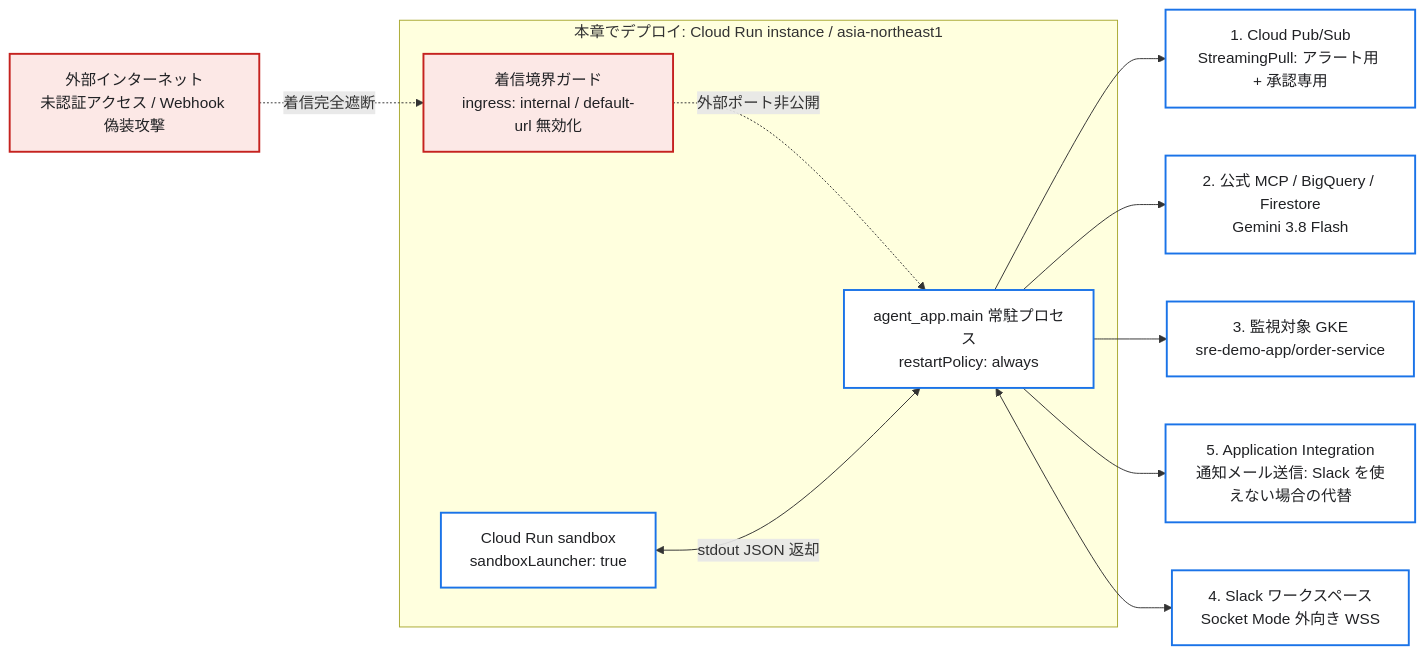
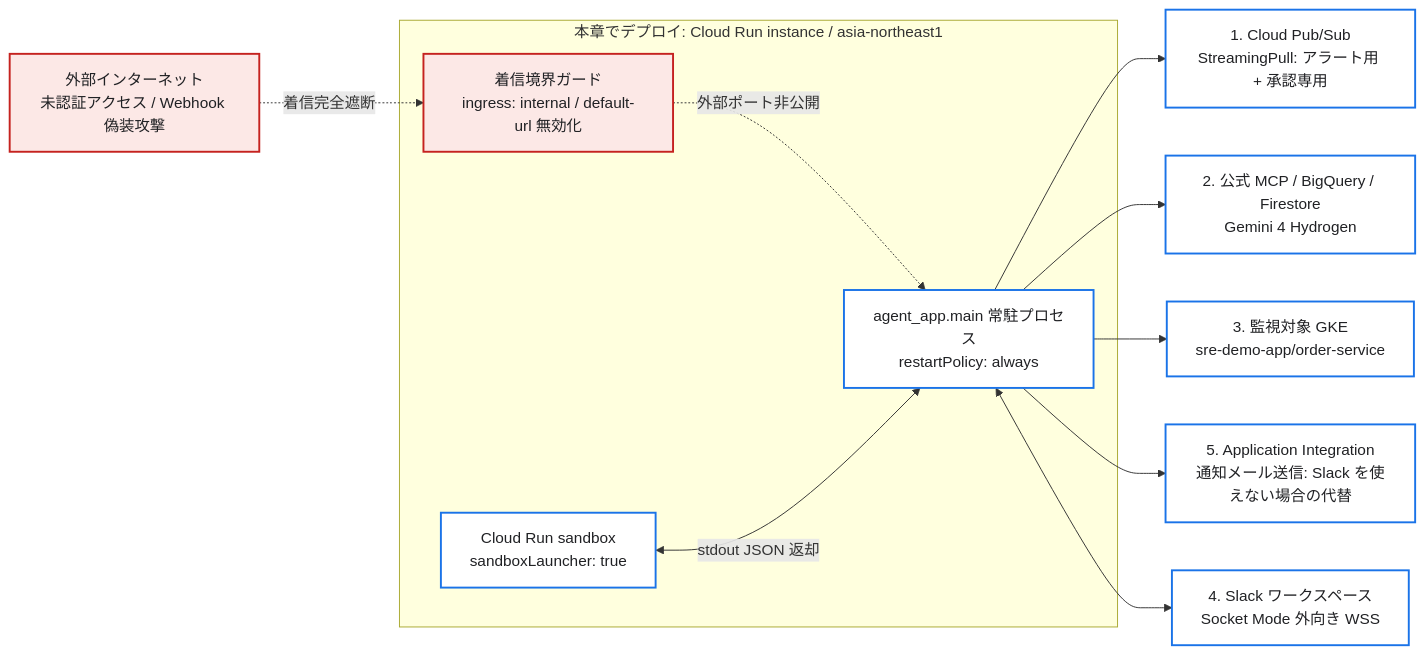
Before and after one commit to tyorikan/agentic-sre-handson: the first of 5 diagrams in docs/05-deploy-cloud-run-instance-and-drills.md, drawn with Mermaid. The commit also changed other lines of this file and 18 other files, not shown here.

Commit message:
feat: migrate default triage model to Gemini 4 Hydrogen (gemini-4-hydrogen)

````diff
--- a/docs/05-deploy-cloud-run-instance-and-drills.md
+++ b/docs/05-deploy-cloud-run-instance-and-drills.md
@@ -17,27 +17,27 @@
 ```mermaid
 flowchart LR
     Internet["外部インターネット<br/>未認証アクセス / Webhook 偽装攻撃"]
 
     subgraph Instance["本章でデプロイ: Cloud Run instance / asia-northeast1"]
         Guard["着信境界ガード<br/>ingress: internal / default-url 無効化"]
         SubSB["Cloud Run sandbox<br/>sandboxLauncher: true"]
         Daemon["agent_app.main 常駐プロセス<br/>restartPolicy: always"]
     end
 
     PS["1. Cloud Pub/Sub<br/>StreamingPull: アラート用 + 承認専用"]
-    GCP["2. 公式 MCP / BigQuery / Firestore<br/>Gemini 3.8 Flash"]
+    GCP["2. 公式 MCP / BigQuery / Firestore<br/>Gemini 4 Hydrogen"]
     GKE["3. 監視対象 GKE<br/>sre-demo-app/order-service"]
     Slack["4. Slack ワークスペース<br/>Socket Mode 外向き WSS"]
     Mail["5. Application Integration<br/>通知メール送信: Slack を使えない場合の代替"]
 
     Internet -.->|"着信完全遮断"| Guard
     Guard -.->|"外部ポート非公開"| Daemon
     SubSB <-->|"stdout JSON 返却"| Daemon
     Daemon --> PS & GCP & GKE & Mail
     Daemon <--> Slack
 
     classDef block fill:#fce8e6,stroke:#c5221f,stroke-width:2px,color:#202124;
     classDef core fill:#ffffff,stroke:#1a73e8,stroke-width:2px,color:#202124;
     class Internet,Guard block;
     class SubSB,Daemon,PS,GCP,GKE,Slack,Mail core;
 ```
````
